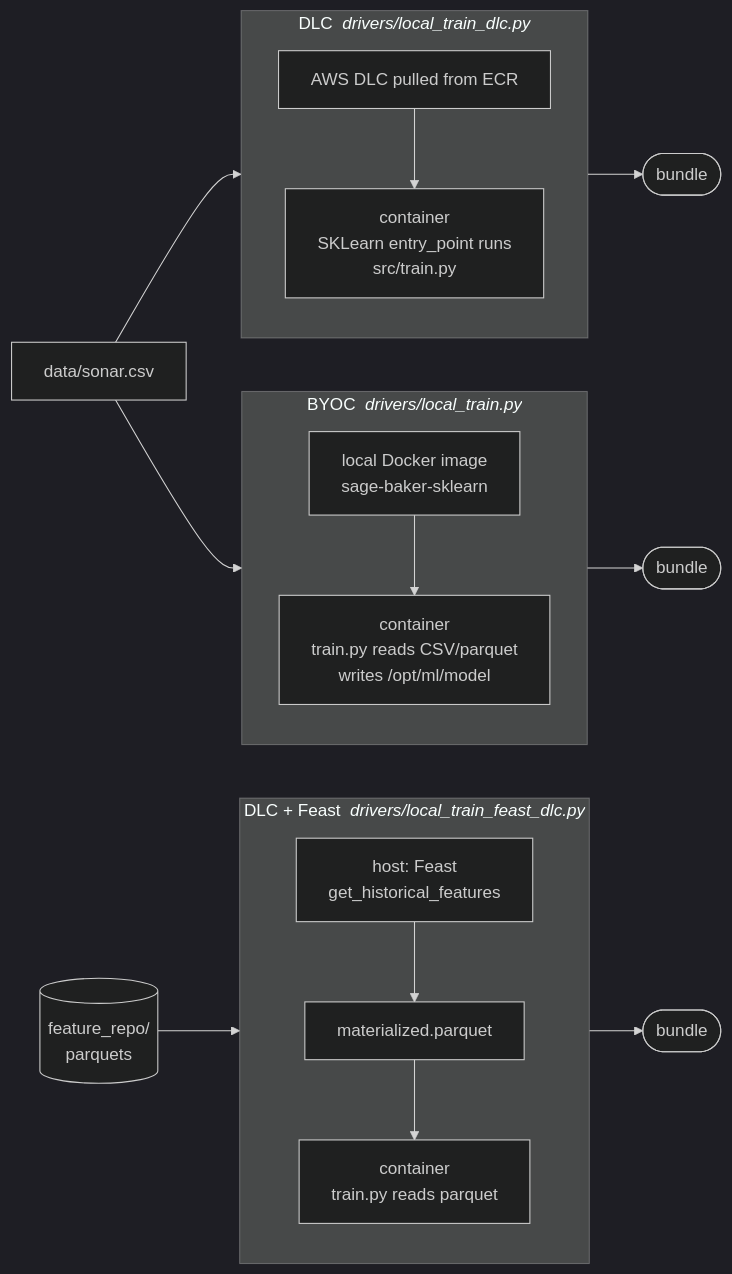
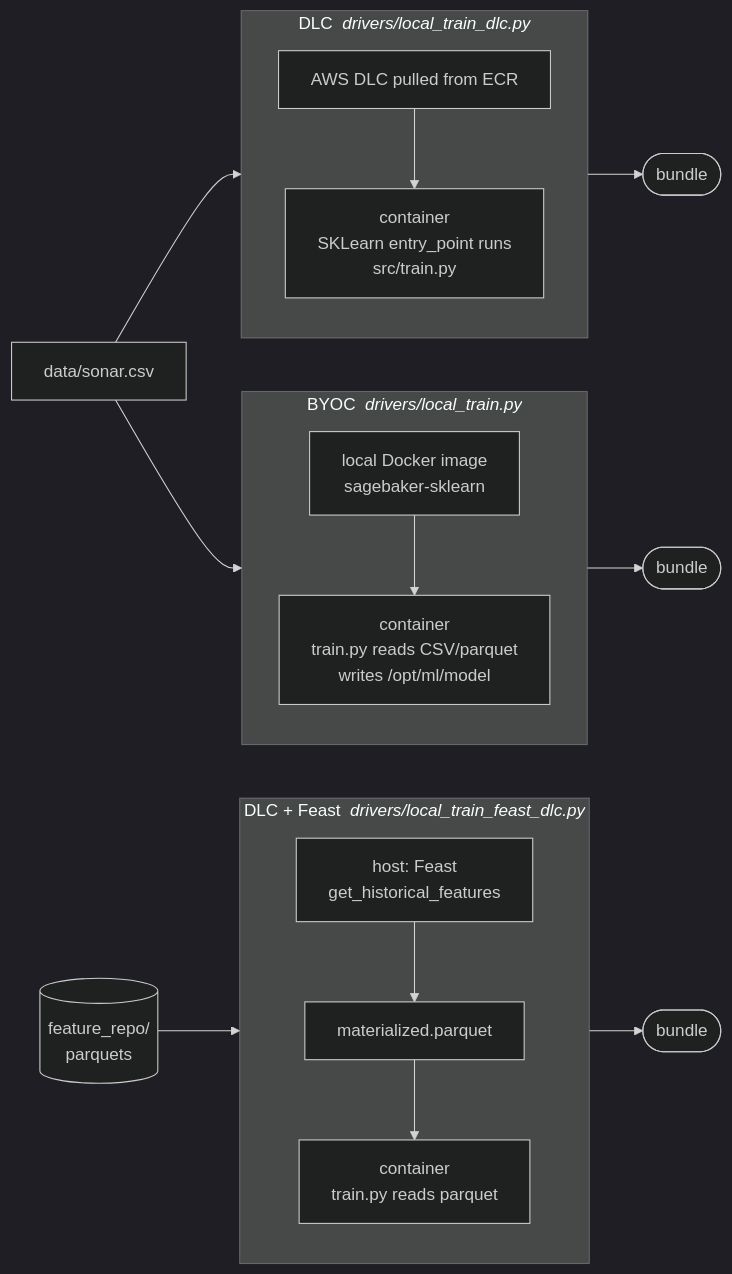
The first of 7 diagrams in README.md (dnewcome/sage-baker), drawn with Mermaid (dark theme) before and after one commit. The commit also changed other lines of this file and 18 other files, not shown here.

First line of the commit message:
rename sage-baker → sagebaker

````diff
--- a/README.md
+++ b/README.md
@@ -176,28 +176,28 @@
 ```mermaid
 flowchart LR
   CSV[data/sonar.csv]
   PQ[(feature_repo/<br/>parquets)]
 
   subgraph byoc_path["BYOC &nbsp;<i>drivers/local_train.py</i>"]
     direction TB
-    BD[local Docker image<br/>sage-baker-sklearn]
+    BD[local Docker image<br/>sagebaker-sklearn]
     BC["container<br/>train.py reads CSV/parquet<br/>writes /opt/ml/model"]
   end
 
   subgraph dlc_path["DLC &nbsp;<i>drivers/local_train_dlc.py</i>"]
     direction TB
     DD[AWS DLC pulled from ECR]
     DC["container<br/>SKLearn entry_point runs<br/>src/train.py"]
   end
 
   subgraph feast_path["DLC + Feast &nbsp;<i>drivers/local_train_feast_dlc.py</i>"]
     direction TB
     FH[host: Feast<br/>get_historical_features]
     MAT[materialized.parquet]
     FC["container<br/>train.py reads parquet"]
   end
 
   CSV --> BD --> BC --> B_OUT([bundle])
   CSV --> DD --> DC --> D_OUT([bundle])
   PQ --> FH --> MAT --> FC --> F_OUT([bundle])
 ```
````
